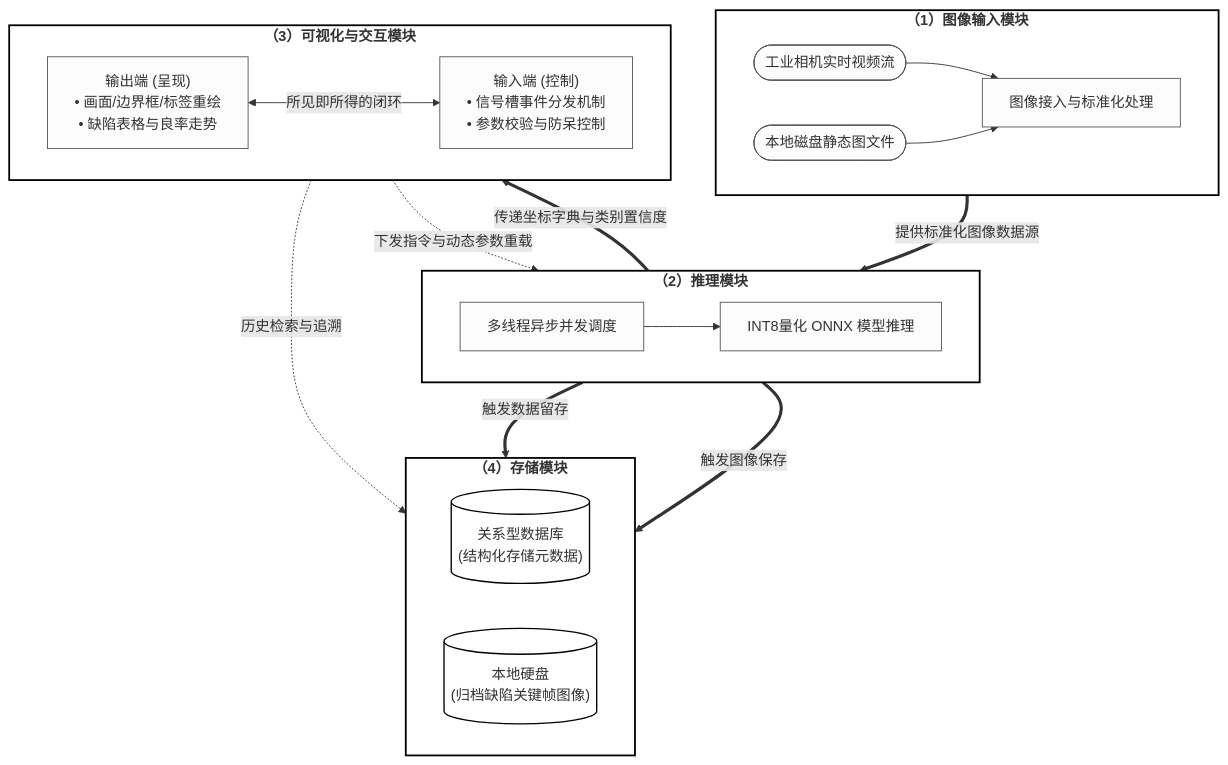
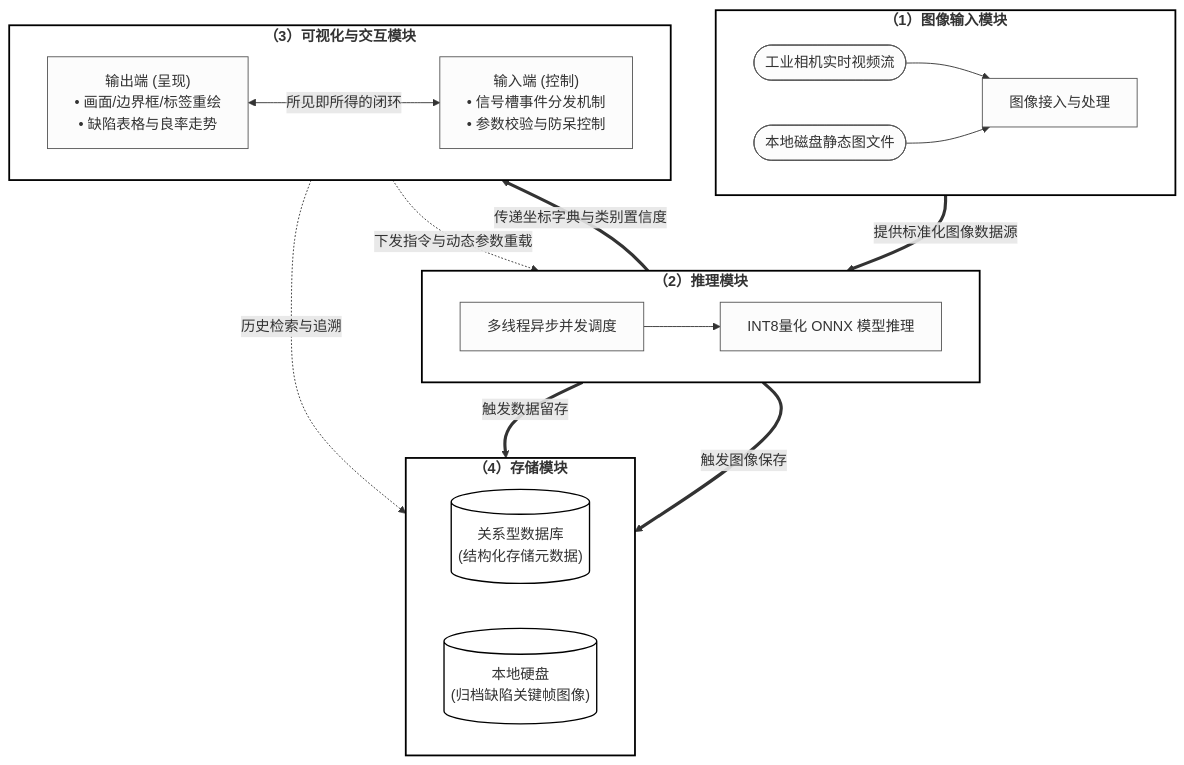
The diagram in all/未命名.md (MAOSHENGsong/iodraw-files), drawn with Mermaid before and after one commit.

Commit message:
2026-03-17 10:15:11 update

````diff
--- a/all/未命名.md
+++ b/all/未命名.md
@@ -1,52 +1,52 @@
 ```mermaid
 %%{init: {'flowchart': {'nodeSpacing': 50, 'rankSpacing': 60, 'curve': 'basis'}}}%%
 flowchart TD
     %% 定义整体样式：纯白背景，黑色边框，适合学术论文打印
     classDef moduleNode fill:#ffffff,stroke:#000000,stroke-width:2px,font-weight:bold;
     classDef subNode fill:#fcfcfc,stroke:#555555,stroke-width:1px;
     classDef dbNode fill:#ffffff,stroke:#000000,stroke-width:1.5px;
 
     %% --- 1. 图像输入模块 ---
     subgraph M1 ["（1）图像输入模块"]
         direction LR
-        A1([工业相机实时视频流]) --> A3[图像接入与标准化处理]
+        A1([工业相机实时视频流]) --> A3[图像接入与处理]
         A2([本地磁盘静态图文件]) --> A3
     end
 
     %% --- 2. 推理模块 ---
     subgraph M2 ["（2）推理模块"]
         direction LR
         B1[多线程异步并发调度] --> B2[INT8量化 ONNX 模型推理]
     end
 
     %% --- 3. 可视化与人机交互模块 ---
     subgraph M3 ["（3）可视化与交互模块"]
         direction LR
         C1["输出端 (呈现)<br/>• 画面/边界框/标签重绘<br/>• 缺陷表格与良率走势"]
         C2["输入端 (控制)<br/>• 信号槽事件分发机制<br/>• 参数校验与防呆控制"]
         C1 <-->|所见即所得的闭环| C2
     end
 
     %% --- 4. 数据存储模块 ---
     subgraph M4 ["（4）存储模块"]
         direction LR
         D1[("关系型数据库<br/>(结构化存储元数据)")]
         D2[("本地硬盘<br/>(归档缺陷关键帧图像)")]
     end
 
     %% --- 模块间的数据流向连线 (自上而下瀑布流) ---
     A3 ==>|提供标准化图像数据源| B1
     
     B2 ==>|传递坐标字典与类别置信度| C1
     C2 -.->|下发指令与动态参数重载| B1
     
     B2 ==>|触发数据留存| D1
     B2 ==>|触发图像保存| D2
     
     C1 -.->|历史检索与追溯| D1
 
     %% --- 应用样式 ---
     class M1,M2,M3,M4 moduleNode;
     class A1,A2,A3,B1,B2,C1,C2 subNode;
     class D1,D2 dbNode;
 ```
````
